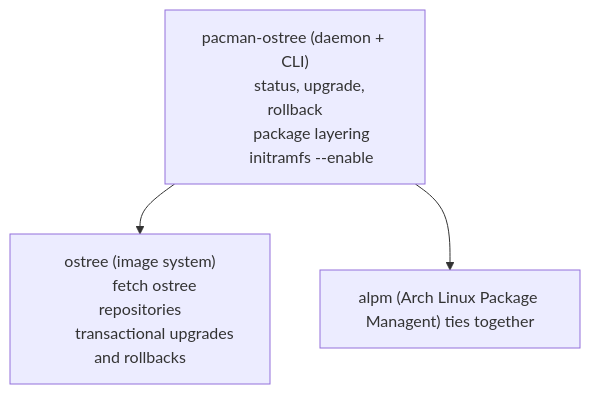
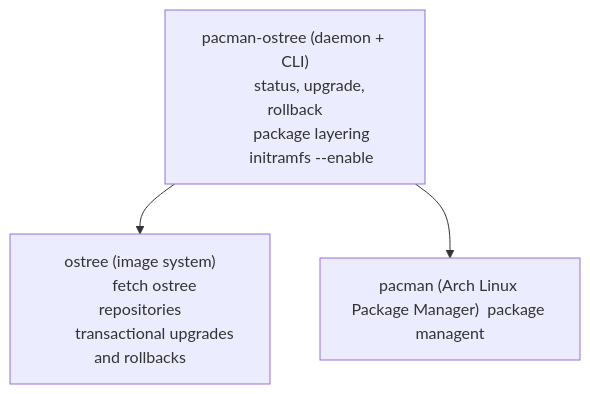
Before and after one commit to ImmutableArch/pacman-ostree: the diagram in README.md, drawn with Mermaid. The commit also changed other lines of this file, not shown here.

````diff
--- a/README.md
+++ b/README.md
@@ -8,15 +8,15 @@
 ```mermaid
 flowchart TD
     pacmanostree["pacman-ostree (daemon + CLI)
         status, upgrade, rollback
         package layering
         initramfs --enable"] 
     ostree["ostree (image system)
         fetch ostree repositories
         transactional upgrades and rollbacks"]
-    alpm["alpm (Arch Linux Package Managent) ties together
+    pacman["pacman (Arch Linux Package Manager)  package managent
         "]
 
     pacmanostree --> ostree
-    pacmanostree --> alpm
+    pacmanostree --> pacman
 ```
````
